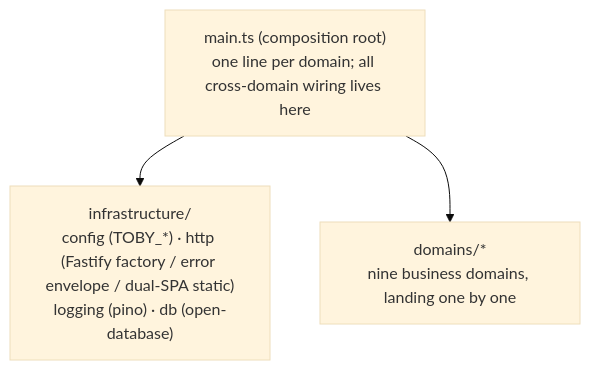
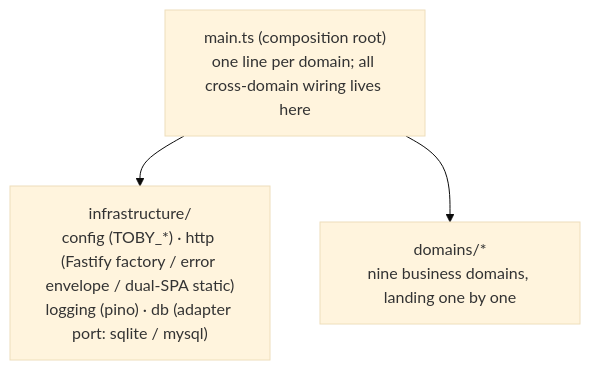
One commit to dengyusys/toby changed the third of 3 diagrams in docs/system-overview.md. Above: the diagram before and after it, drawn with Mermaid (base theme). The commit also changed other lines of this file and 28 other files, not shown here.

Commit message:
feat(server): database port with sqlite and mysql adapters

````diff
--- a/docs/system-overview.md
+++ b/docs/system-overview.md
@@ -127,8 +127,8 @@
 ```mermaid
 flowchart TB
     BOOT["main.ts (composition root)<br/>one line per domain; all cross-domain wiring lives here"]
-    INFRA["infrastructure/<br/>config (TOBY_*) · http (Fastify factory / error envelope / dual-SPA static)<br/>logging (pino) · db (open-database)"]
+    INFRA["infrastructure/<br/>config (TOBY_*) · http (Fastify factory / error envelope / dual-SPA static)<br/>logging (pino) · db (adapter port: sqlite / mysql)"]
     DOM["domains/*<br/>nine business domains, landing one by one"]
     BOOT --> INFRA
     BOOT --> DOM
 ```
````
